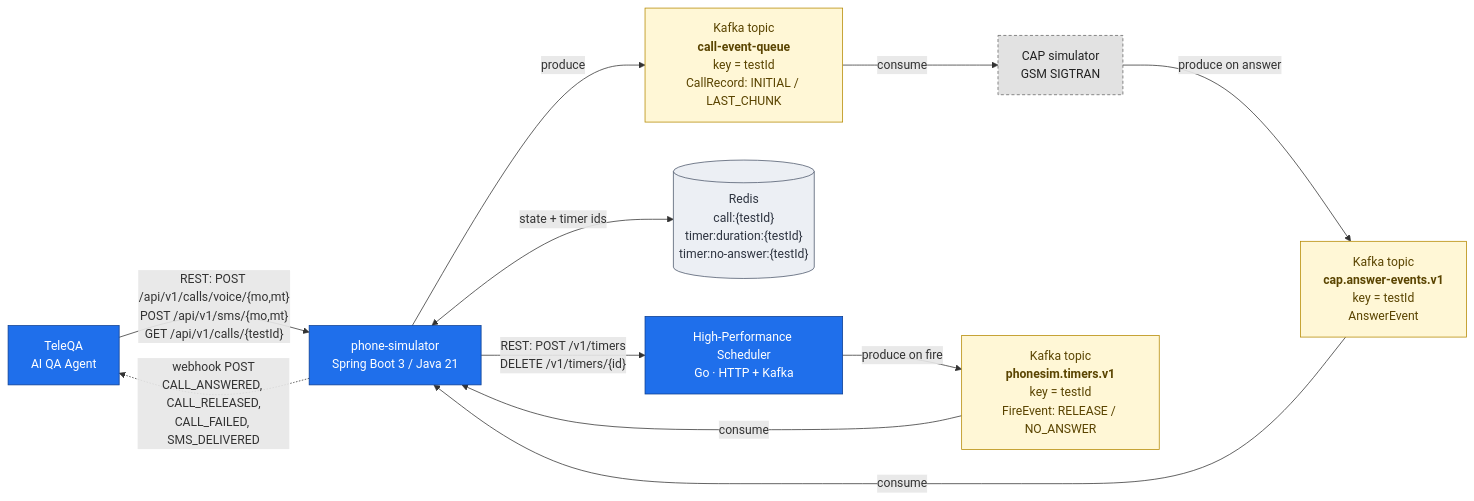
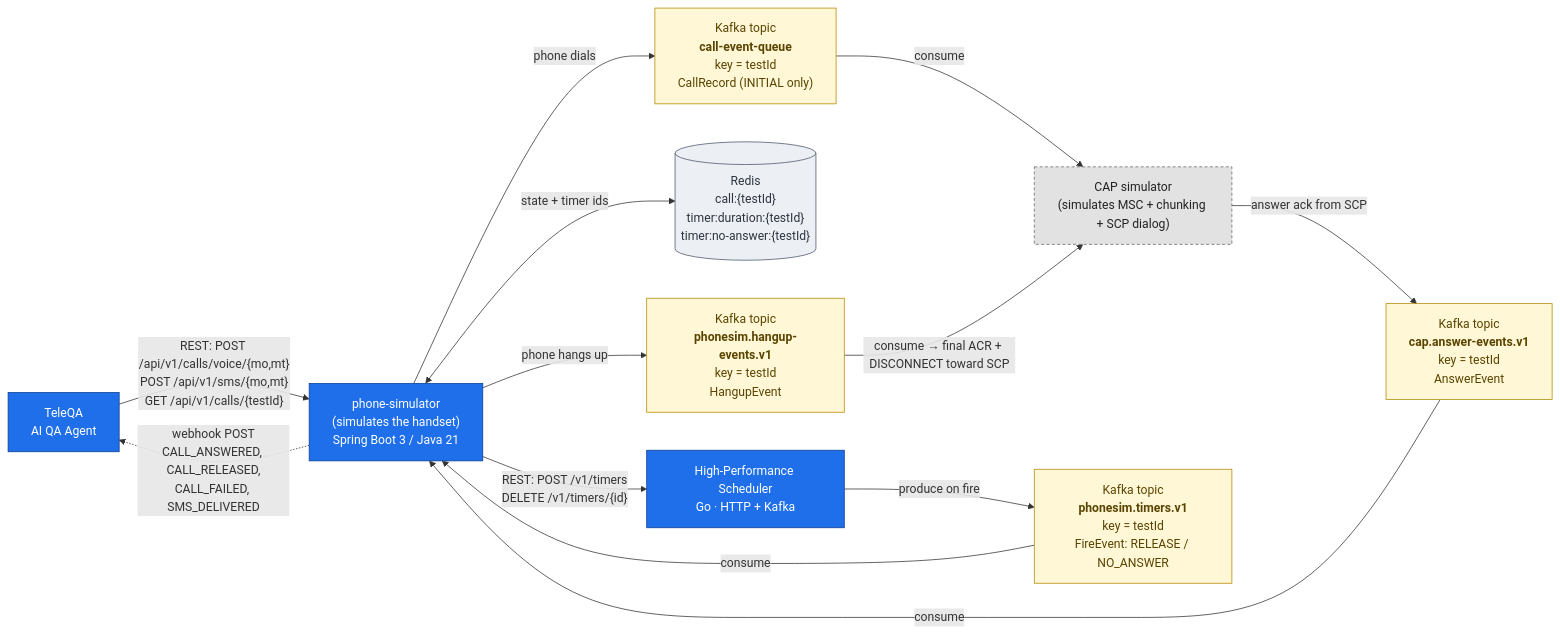
The first of 3 diagrams in docs/architecture.md (TeleQA/phone-simulator), drawn with Mermaid before and after one commit. The commit also changed other lines of this file and 12 other files, not shown here.

````diff
--- a/docs/architecture.md
+++ b/docs/architecture.md
@@ -18,33 +30,37 @@
 ```mermaid
 flowchart LR
     classDef svc fill:#1f6feb,stroke:#0b3d91,color:#fff,stroke-width:1px
     classDef topic fill:#fff7d6,stroke:#b58900,color:#5a4400
     classDef store fill:#eceff4,stroke:#4c566a,color:#2e3440
     classDef ext fill:#e2e2e2,stroke:#666,color:#222,stroke-dasharray:4 3
 
     teleqa["TeleQA<br/>AI QA Agent"]:::svc
-    phonesim["phone-simulator<br/>Spring Boot 3 / Java 21"]:::svc
+    phonesim["phone-simulator<br/>(simulates the handset)<br/>Spring Boot 3 / Java 21"]:::svc
     sched["High-Performance Scheduler<br/>Go · HTTP + Kafka"]:::svc
-    cap["CAP simulator<br/>GSM SIGTRAN"]:::ext
+    cap["CAP simulator<br/>(simulates MSC + chunking + SCP dialog)"]:::ext
 
     redis[("Redis<br/>call:{testId}<br/>timer:duration:{testId}<br/>timer:no-answer:{testId}")]:::store
 
-    ce["Kafka topic<br/><b>call-event-queue</b><br/>key = testId<br/>CallRecord: INITIAL / LAST_CHUNK"]:::topic
+    ce["Kafka topic<br/><b>call-event-queue</b><br/>key = testId<br/>CallRecord (INITIAL only)"]:::topic
     ae["Kafka topic<br/><b>cap.answer-events.v1</b><br/>key = testId<br/>AnswerEvent"]:::topic
+    he["Kafka topic<br/><b>phonesim.hangup-events.v1</b><br/>key = testId<br/>HangupEvent"]:::topic
     tt["Kafka topic<br/><b>phonesim.timers.v1</b><br/>key = testId<br/>FireEvent: RELEASE / NO_ANSWER"]:::topic
 
     teleqa -->|"REST: POST /api/v1/calls/voice/{mo,mt}<br/>POST /api/v1/sms/{mo,mt}<br/>GET /api/v1/calls/{testId}"| phonesim
     phonesim -.->|"webhook POST<br/>CALL_ANSWERED, CALL_RELEASED,<br/>CALL_FAILED, SMS_DELIVERED"| teleqa
 
-    phonesim -->|"produce"| ce
+    phonesim -->|"phone dials"| ce
     ce -->|"consume"| cap
 
-    cap -->|"produce on answer"| ae
+    cap -->|"answer ack from SCP"| ae
     ae -->|"consume"| phonesim
+
+    phonesim -->|"phone hangs up"| he
+    he -->|"consume → final ACR + DISCONNECT toward SCP"| cap
 
     phonesim -->|"REST: POST /v1/timers<br/>DELETE /v1/timers/{id}"| sched
     sched -->|"produce on fire"| tt
     tt -->|"consume"| phonesim
 
     phonesim <-->|"state + timer ids"| redis
 ```
````
